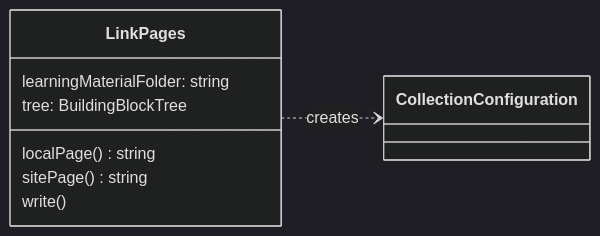
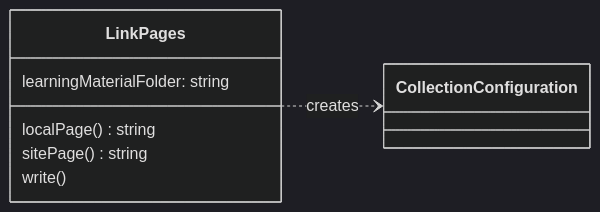
One commit to matthiasbaitsch/quarto-loi-moi changed the sixth of 6 diagrams in DESIGN.md. Above: the diagram before and after it, drawn with Mermaid (dark theme). The commit also changed other lines of this file and 9 other files, not shown here.

````diff
--- a/DESIGN.md
+++ b/DESIGN.md
@@ -265,12 +265,11 @@
 ```mermaid
 classDiagram
   direction LR
   LinkPages ..> CollectionConfiguration : creates
   class LinkPages {
     learningMaterialFolder: string
-    tree: BuildingBlockTree
     localPage() string
     sitePage() string
     write()
   }
 ```
````
